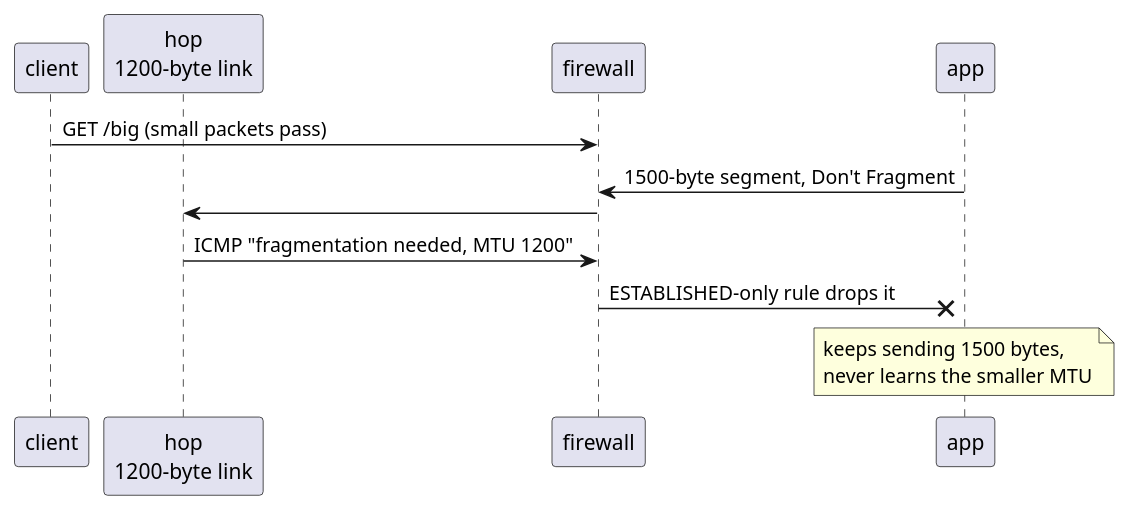
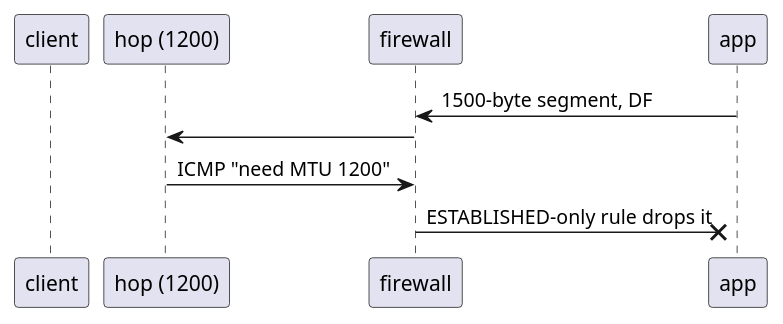
One commit to samadeep/samadeep.github.io changed the ninth of 9 diagrams in src/content/posts/2026-10-04-expose-intranet-app-to-internet.md. Above: the diagram before and after it, drawn with PlantUML. The commit also changed other lines of this file and 49 other files, not shown here.

First line of the commit message:
Visual-first post, reference-style diagrams, analytics and reactions (#9)

````diff
--- a/src/content/posts/2026-10-04-expose-intranet-app-to-internet.md
+++ b/src/content/posts/2026-10-04-expose-intranet-app-to-internet.md
@@ -314,14 +295,12 @@
-```plantuml title="Figure 8: the 'fragmentation needed' ICMP is RELATED traffic; drop it and path MTU discovery fails"
+```plantuml title="Figure 9: drop the RELATED 'fragmentation needed' ICMP and path MTU discovery fails"
 @startuml
 participant "client" as C
-participant "hop\n1200-byte link" as H
+participant "hop (1200)" as H
 participant "firewall" as F
 participant "app" as S
-C -> F : GET /big (small packets pass)
-S -> F : 1500-byte segment, Don't Fragment
+S -> F : 1500-byte segment, DF
 F -> H
-H -> F : ICMP "fragmentation needed, MTU 1200"
+H -> F : ICMP "need MTU 1200"
 F ->x S : ESTABLISHED-only rule drops it
-note over S : keeps sending 1500 bytes,\nnever learns the smaller MTU
 @enduml
 ```
````
